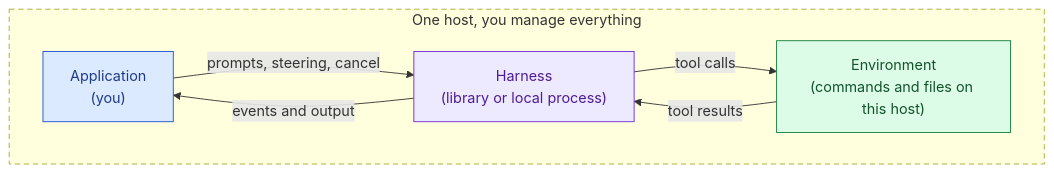
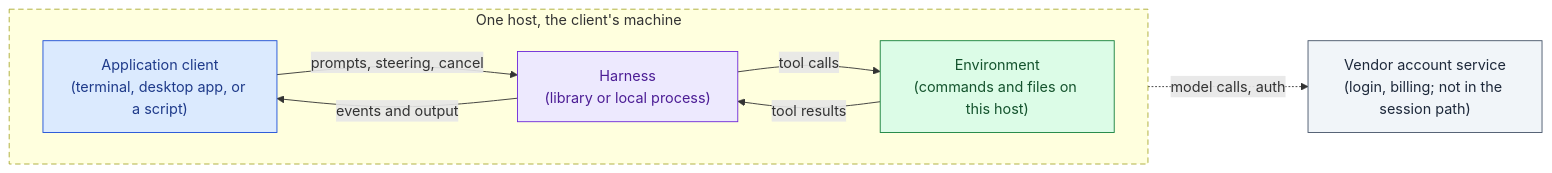
One commit to botiverse/oar changed the first of 12 diagrams in docs/design/patterns.md. Above: the diagram before and after it, drawn with Mermaid. The commit also changed other lines of this file and 1 other file, not shown here.

First line of the commit message:
docs(design): rewrite deployment patterns around the client and server split

````diff
--- a/docs/design/patterns.md
+++ b/docs/design/patterns.md
@@ -121,17 +149,20 @@
 ```mermaid
 flowchart LR
-  subgraph host["One host, you manage everything"]
+  subgraph host["One host, the client's machine"]
     direction LR
-    App["Application<br/>(you)"]:::app
+    Client["Application client<br/>(terminal, desktop app, or a script)"]:::app
     Harness["Harness<br/>(library or local process)"]:::harness
     Env["Environment<br/>(commands and files on this host)"]:::env
   end
-  App -- "prompts, steering, cancel" --> Harness
-  Harness -- "events and output" --> App
+  Account["Vendor account service<br/>(login, billing; not in the session path)"]:::front
+  Client -- "prompts, steering, cancel" --> Harness
+  Harness -- "events and output" --> Client
   Harness -- "tool calls" --> Env
   Env -- "tool results" --> Harness
+  Harness -. "model calls, auth" .-> Account
   style host stroke-dasharray: 6 4
   classDef app fill:#dbeafe,stroke:#1d4ed8,color:#1e3a8a
   classDef harness fill:#ede9fe,stroke:#6d28d9,color:#4c1d95
   classDef env fill:#dcfce7,stroke:#15803d,color:#14532d
+  classDef front fill:#f1f5f9,stroke:#475569,color:#1e293b
 ```
````
